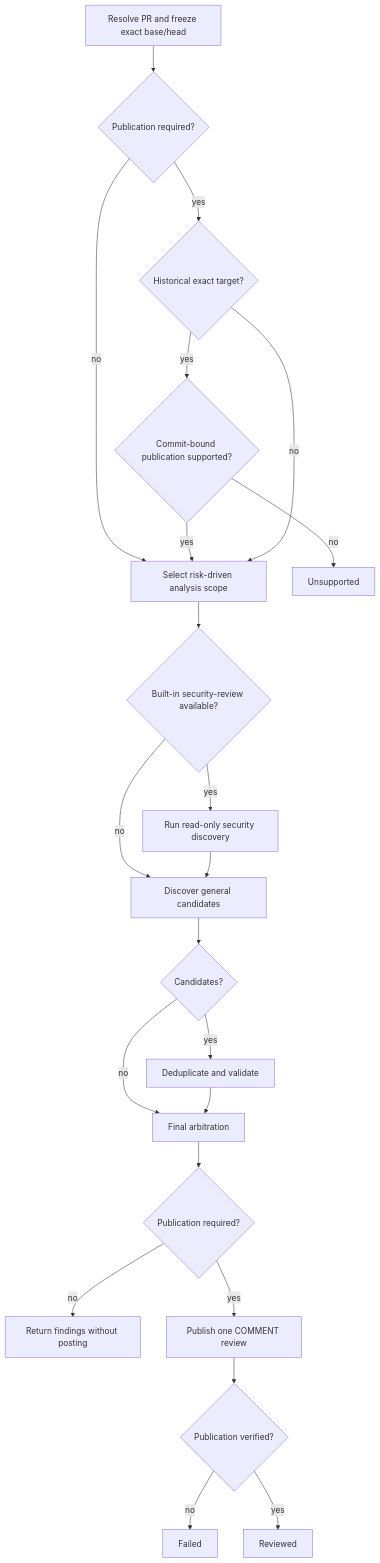
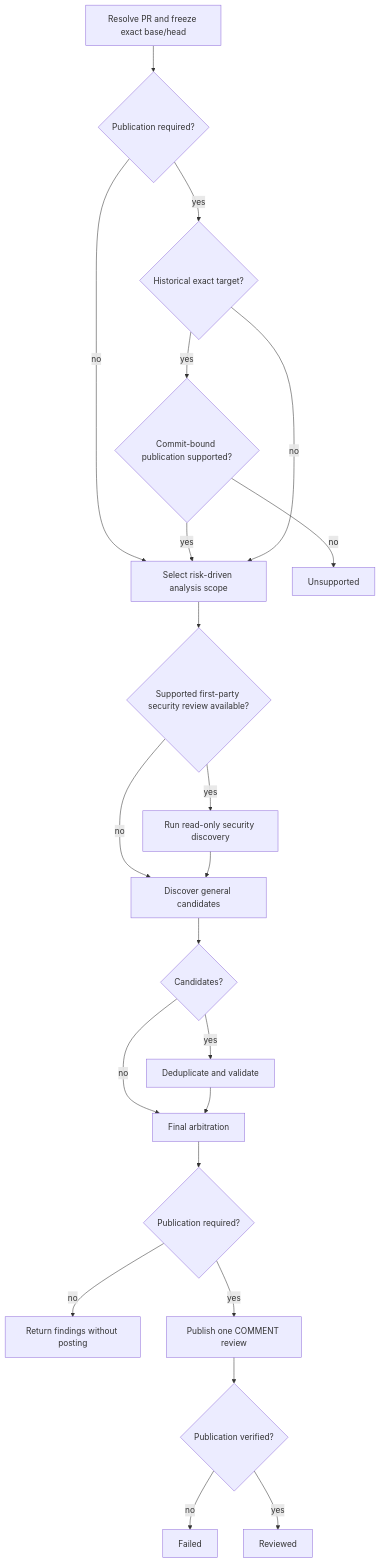
One commit to dceoy/pr-loop changed the diagram in skills/pr-review/SKILL.md. Above: the diagram before and after it, drawn with Mermaid. The commit also changed other lines of this file, not shown here.

Commit message:
Support Claude and Codex security review

````diff
--- a/skills/pr-review/SKILL.md
+++ b/skills/pr-review/SKILL.md
@@ -63,24 +82,24 @@
 ```mermaid
 flowchart TD
   A[Resolve PR and freeze exact base/head] --> B{Publication required?}
   B -->|no| D[Select risk-driven analysis scope]
   B -->|yes| C{Historical exact target?}
   C -->|yes| P{Commit-bound publication supported?}
   P -->|no| U[Unsupported]
   P -->|yes| D
   C -->|no| D
-  D --> S{Built-in security-review available?}
+  D --> S{Supported first-party security review available?}
   S -->|yes| T[Run read-only security discovery]
   S -->|no| E[Discover general candidates]
   T --> E
   E --> F{Candidates?}
   F -->|yes| G[Deduplicate and validate]
   F -->|no| H[Clean arbitration]
   G --> H[Final arbitration]
   H --> I{Publication required?}
   I -->|no| R[Return findings without posting]
   I -->|yes| J[Publish one COMMENT review]
   J --> K{Publication verified?}
   K -->|no| X[Failed]
   K -->|yes| Z[Reviewed]
 ```
````
